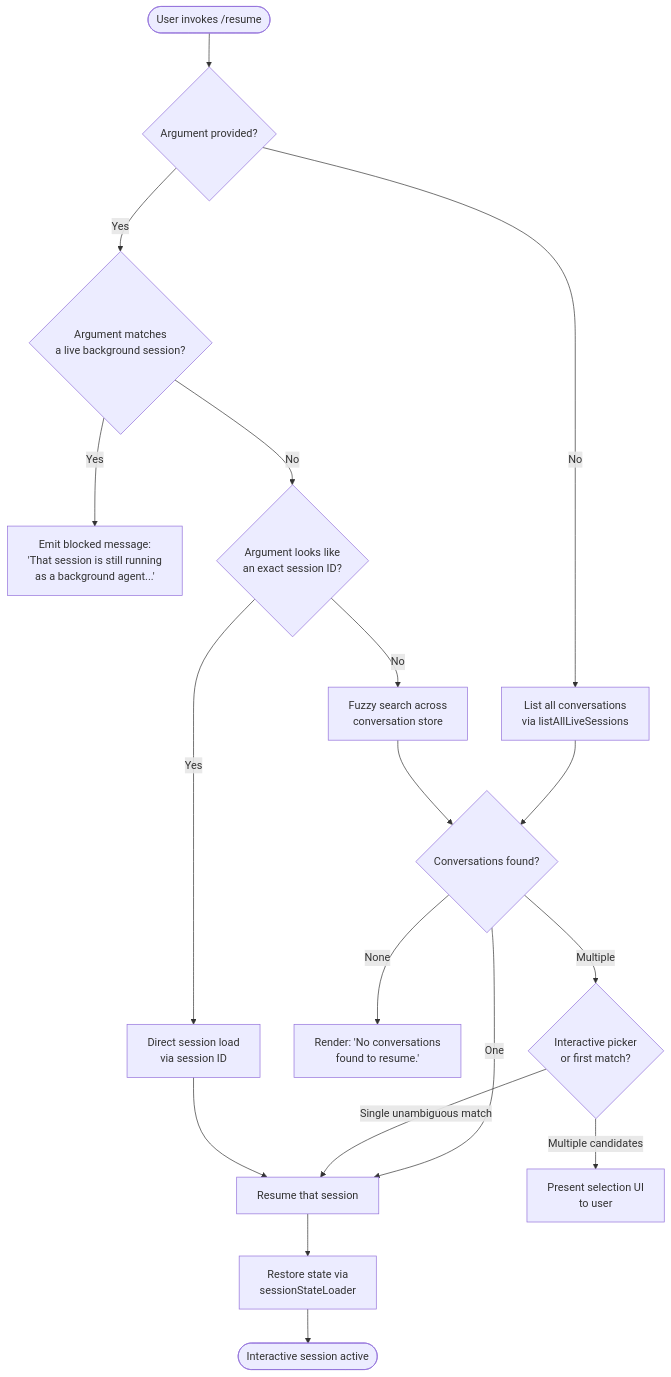
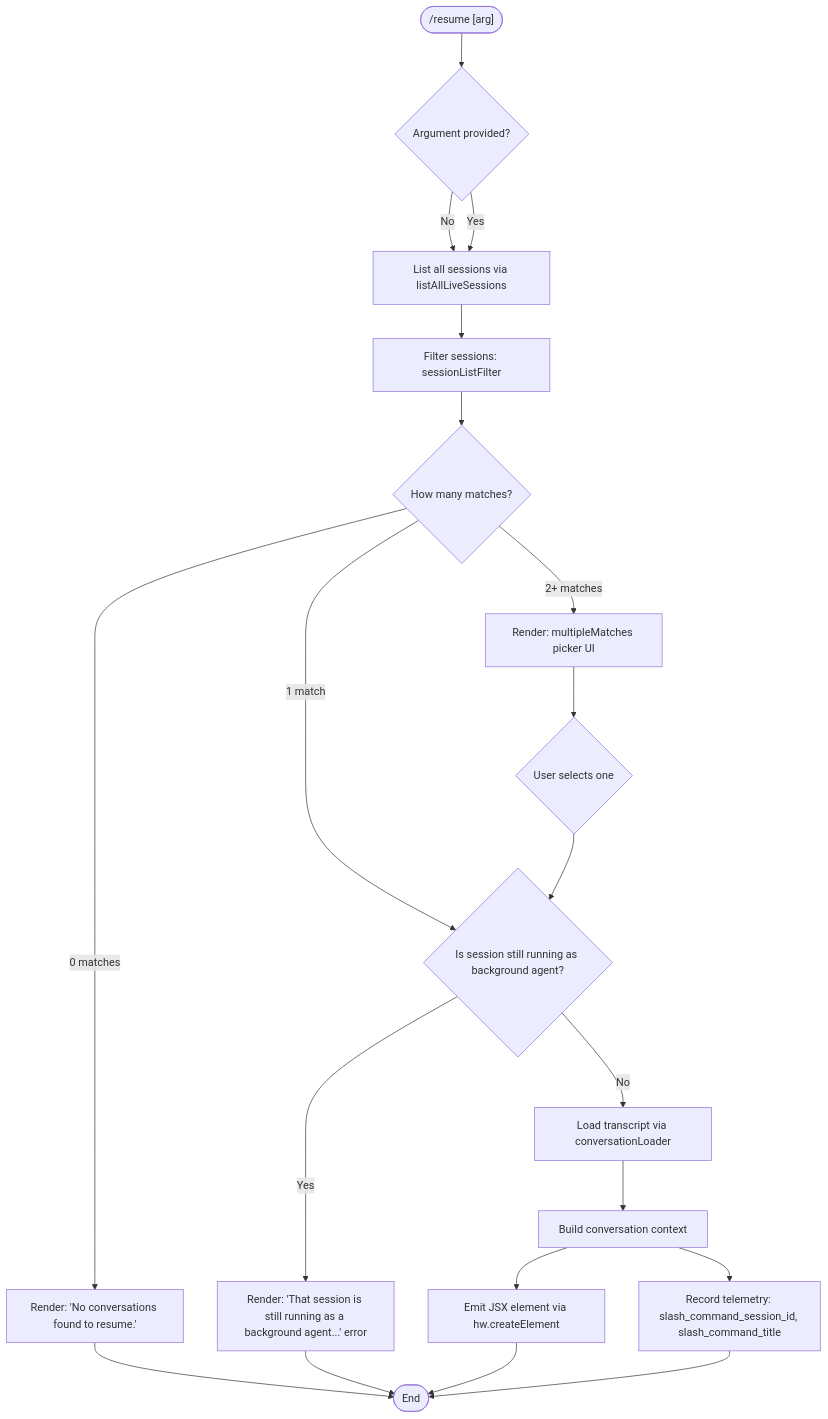
Before and after one commit to MyLittleLuckyDog/cc-gnothi: the diagram in versions/v2.1.158/resume.md, drawn with Mermaid. The commit also changed other lines of this file and 593 other files, not shown here.

````diff
--- a/versions/v2.1.158/resume.md
+++ b/versions/v2.1.158/resume.md
@@ -48,20 +56,22 @@
 ```mermaid
 flowchart TD
-    A([User invokes /resume]) --> B{Argument provided?}
-    B -- No --> C[List all conversations\nvia listAllLiveSessions]
-    B -- Yes --> D{Argument matches\na live background session?}
-    D -- Yes --> E[Emit blocked message:\n'That session is still running\nas a background agent...']
-    D -- No --> F{Argument looks like\nan exact session ID?}
-    F -- Yes --> G[Direct session load\nvia session ID]
-    F -- No --> H[Fuzzy search across\nconversation store]
-    C --> I{Conversations found?}
-    H --> I
-    I -- None --> J[Render: 'No conversations\nfound to resume.']
-    I -- One --> K[Resume that session]
-    I -- Multiple --> L{Interactive picker\nor first match?}
-    L -- Single unambiguous match --> K
-    L -- Multiple candidates --> M[Present selection UI\nto user]
-    G --> K
-    K --> N[Restore state via\nsessionStateLoader]
-    N --> O([Interactive session active])
+    A(["/resume [arg]"]) --> B{Argument provided?}
+    B -- No --> C[List all sessions via listAllLiveSessions]
+    B -- Yes --> C
+    C --> D[Filter sessions: sessionListFilter]
+    D --> E{How many matches?}
+    E -- "0 matches" --> F["Render: 'No conversations found to resume.'"]
+    E -- "1 match" --> G{Is session still running as background agent?}
+    E -- "2+ matches" --> H["Render: multipleMatches picker UI"]
+    G -- Yes --> I["Render: 'That session is still running as a background agent...' error"]
+    G -- No --> J[Load transcript via conversationLoader]
+    J --> K[Build conversation context]
+    K --> L[Emit JSX element via hw.createElement]
+    K --> M[Record telemetry: slash_command_session_id, slash_command_title]
+    H --> N{User selects one}
+    N --> G
+    F --> Z([End])
+    I --> Z
+    L --> Z
+    M --> Z
 ```
````
